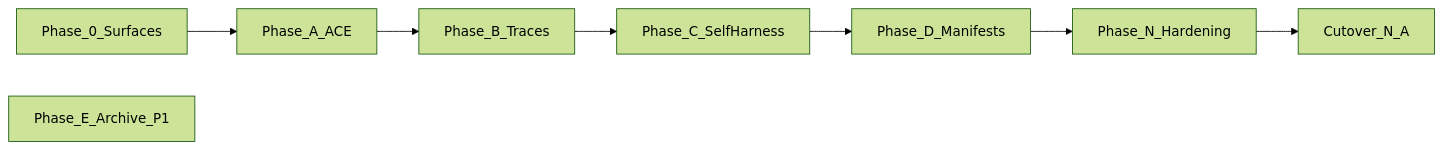
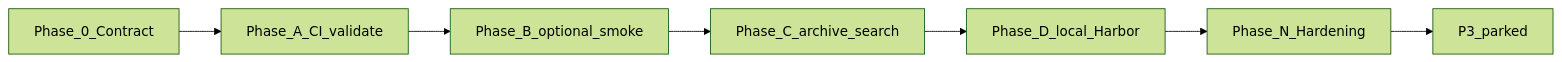
One commit to Vinayak-RZ/Improveness changed the second of 2 diagrams in IMPLEMENTATION_PLAN.md. Above: the diagram before and after it, drawn with Mermaid (forest theme). The commit also changed other lines of this file and 7 other files, not shown here.

````diff
--- a/IMPLEMENTATION_PLAN.md
+++ b/IMPLEMENTATION_PLAN.md
@@ -236,10 +252,9 @@
 ```mermaid
 flowchart LR
-  P0[Phase_0_Surfaces] --> PA[Phase_A_ACE]
-  PA --> PB[Phase_B_Traces]
-  PB --> PC[Phase_C_SelfHarness]
-  PC --> PD[Phase_D_Manifests]
+  P0[Phase_0_Contract] --> PA[Phase_A_CI_validate]
+  PA --> PB[Phase_B_optional_smoke]
+  PB --> PC[Phase_C_archive_search]
+  PC --> PD[Phase_D_local_Harbor]
   PD --> PN[Phase_N_Hardening]
-  PN --> CO[Cutover_N_A]
-  PE[Phase_E_Archive_P1]
+  PN --> P3[P3_parked]
 ```
````
